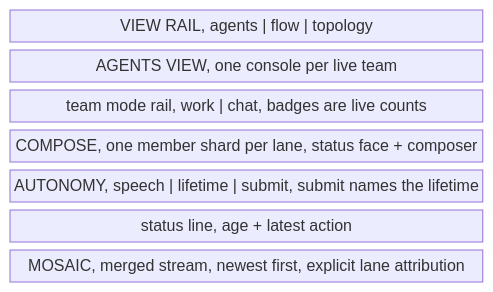
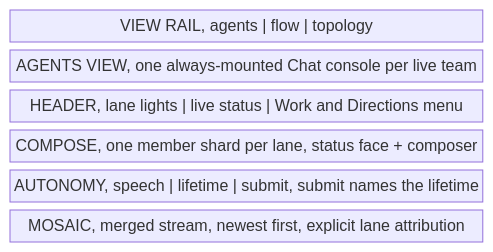
Diagram 17 of 17 in docs/product/loops.md (infimalabs/spice-rust), drawn with Mermaid before and after one commit. The commit also changed other lines of this file and 36 other files, not shown here.

Commit message:
Make team surfaces always Chat

````diff
--- a/docs/product/loops.md
+++ b/docs/product/loops.md
@@ -683,11 +683,10 @@
 ```mermaid
 block-beta
   columns 1
   G["VIEW RAIL, agents | flow | topology"]
-  C["AGENTS VIEW, one console per live team"]
-  R["team mode rail, work | chat, badges are live counts"]
+  C["AGENTS VIEW, one always-mounted Chat console per live team"]
+  H["HEADER, lane lights | live status | Work and Directions menu"]
   W["COMPOSE, one member shard per lane, status face + composer"]
   A["AUTONOMY, speech | lifetime | submit, submit names the lifetime"]
-  S["status line, age + latest action"]
   M["MOSAIC, merged stream, newest first, explicit lane attribution"]
 ```
````
